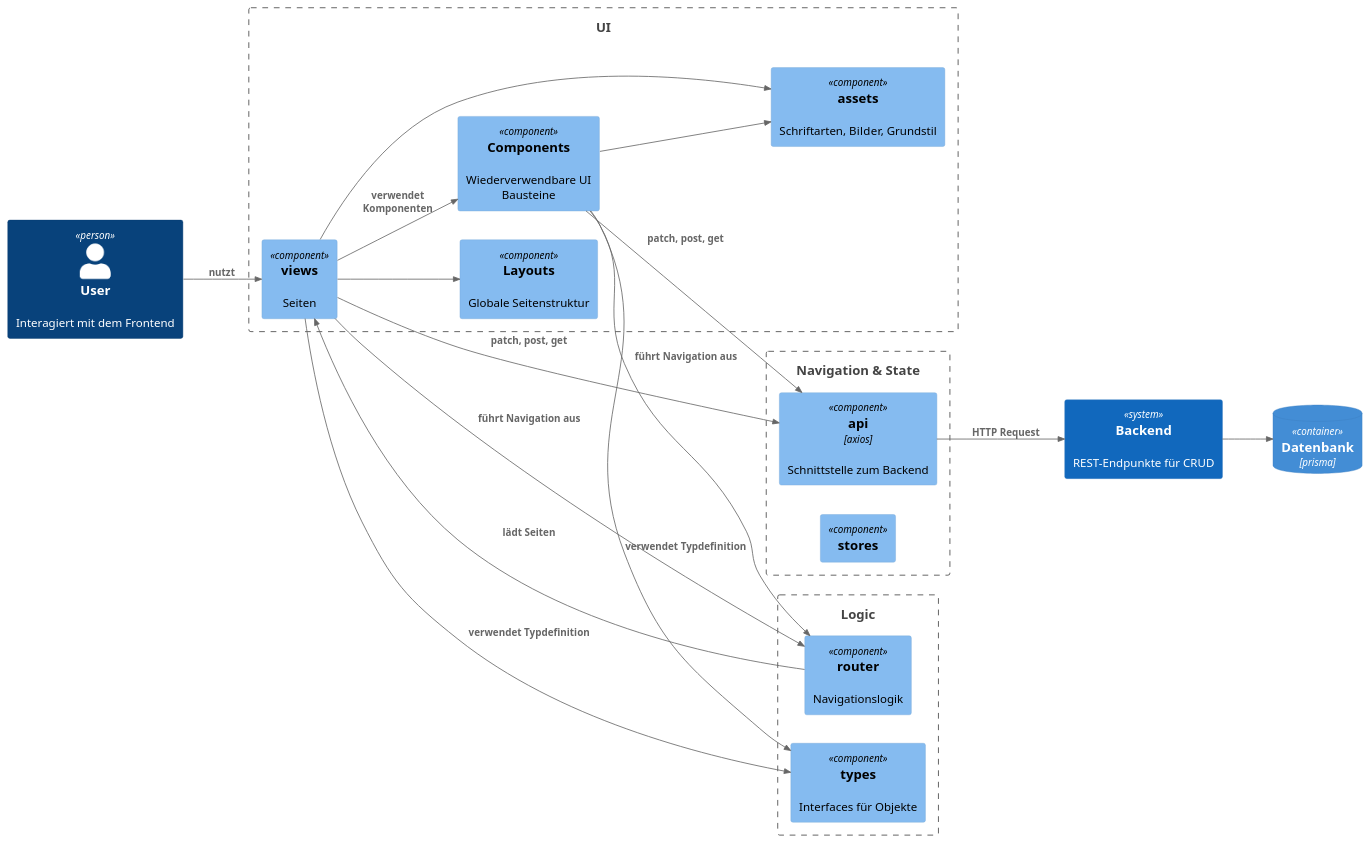
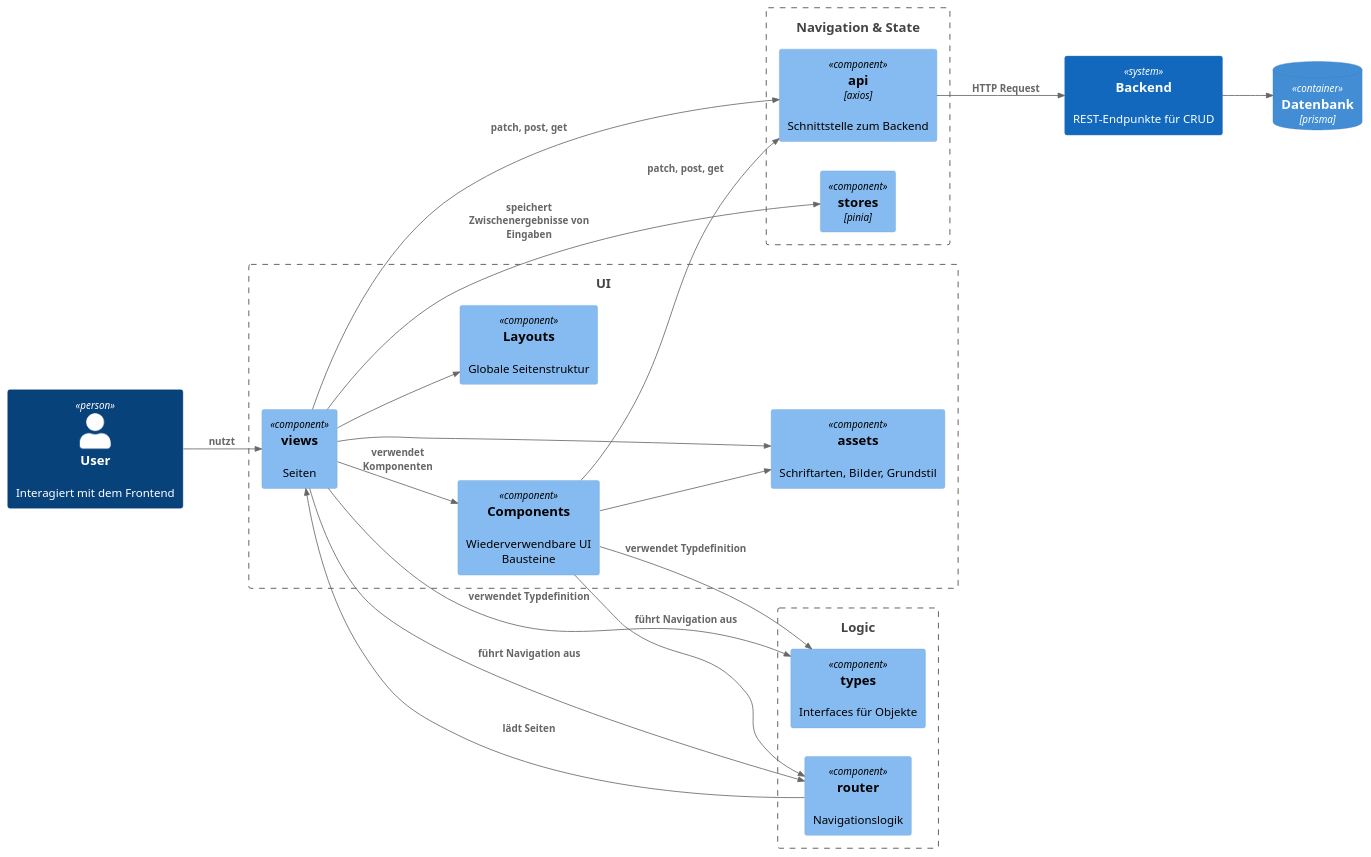
One commit to SoftwareprojektWIF25-26/Softwareprojekt changed the diagram in frontend/doku/Komponenten.puml. Above: the diagram before and after it, drawn with PlantUML.

Commit message:
Update KOmponentendiagramm

```diff
--- a/frontend/doku/Komponenten.puml
+++ b/frontend/doku/Komponenten.puml
@@ -1,45 +1,46 @@
 @startuml
 !include https://raw.githubusercontent.com/plantuml-stdlib/C4-PlantUML/master/C4_Component.puml
 left to right direction
 
 Person("user", "User", "Interagiert mit dem Frontend")
 
 Boundary("ui", "UI ") {
 Component("views", views,, Seiten)
 Component("layouts", "Layouts", "", "Globale Seitenstruktur")
 Component("components", "Components", "", "Wiederverwendbare UI Bausteine")
 Component("assets", assets, ,"Schriftarten, Bilder, Grundstil")
 }
 
 Boundary("state", "Navigation & State ") {
 Component("api", api,axios, Schnittstelle zum Backend)
-Component("stores", stores)
+Component("stores", stores, pinia)
 }
 
 Boundary("logic", "Logic ") {
 Component("router", router,, Navigationslogik)
 Component("types", types,, Interfaces für Objekte)
 }
 
 System("backend", "Backend", "REST-Endpunkte für CRUD")
 ContainerDb("datenbank", "Datenbank", prisma)
 
 Rel("views", "layouts",)
 Rel("views", "components",verwendet Komponenten)
 Rel("views", "router", führt Navigation aus)
 Rel("views", "api","patch, post, get")
 Rel("views", "assets",)
 Rel("views", "types",verwendet Typdefinition)
+Rel("views", "stores", speichert Zwischenergebnisse von Eingaben)
 
 Rel("router", "views", lädt Seiten)
 
 Rel("components", "api","patch, post, get")
 Rel("components", "types", verwendet Typdefinition)
 Rel("components", "assets",)
 Rel("components", "router", führt Navigation aus)
 
 Rel("user", "views",nutzt)
 Rel("api", "backend", HTTP Request)
 Rel("backend", "datenbank",)
 
 @enduml
```
